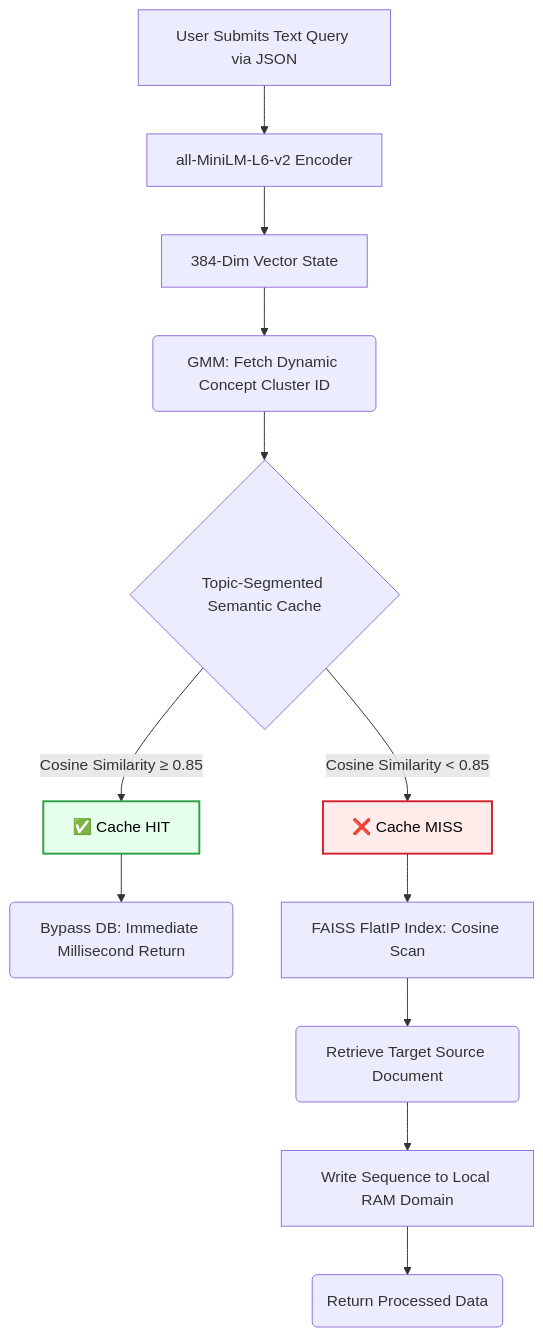
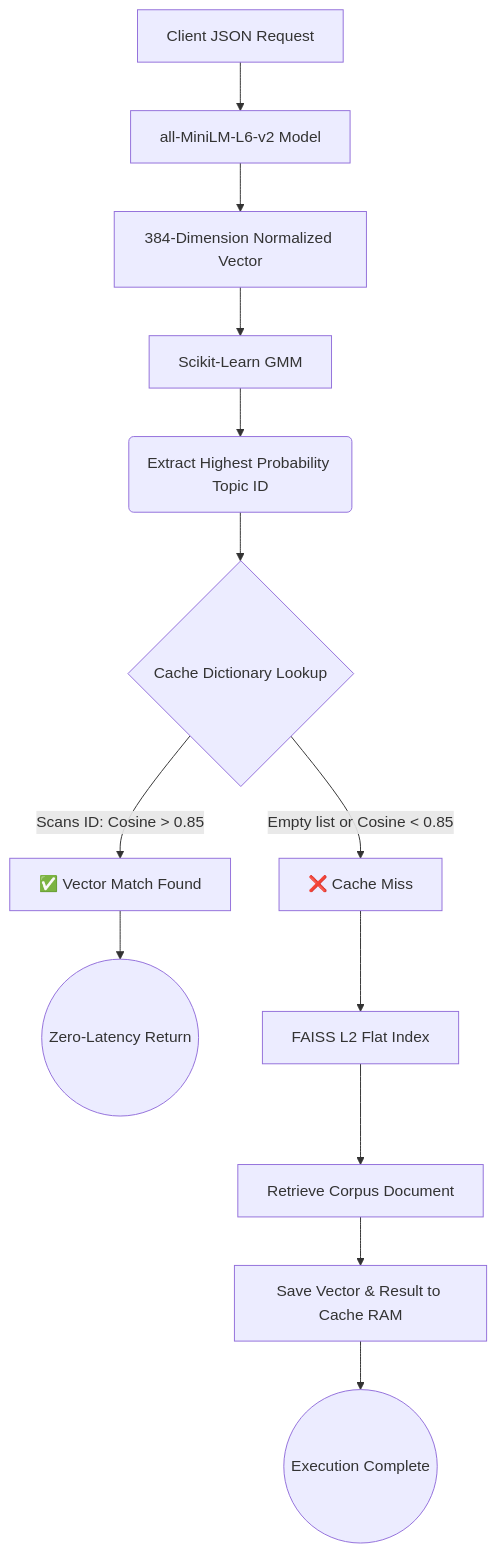
One commit to SaiNihar18/semantic-cache-search changed the diagram in README.md. Above: the diagram before and after it, drawn with Mermaid. The commit also changed other lines of this file, not shown here.

Commit message:
Refactor README completely to mirror professional structural flow while retaining unique engineering tone

````diff
--- a/README.md
+++ b/README.md
@@ -29,26 +41,18 @@
 ```mermaid
 graph TD
-    %% Core Inputs
-    A[User Submits Text Query via JSON] --> B[all-MiniLM-L6-v2 Encoder]
-    B --> C[384-Dim Vector State]
+    A[Client JSON Request] --> B[all-MiniLM-L6-v2 Model]
+    B --> C[384-Dimension Normalized Vector]
     
-    %% Prediction Routing
-    C --> D(GMM: Fetch Dynamic Concept Cluster ID)
-    D --> E{Topic-Segmented Semantic Cache}
+    C --> D[Scikit-Learn GMM]
+    D --> E(Extract Highest Probability Topic ID)
+    E --> F{Cache Dictionary Lookup}
     
-    %% Cache Logic Branches
-    E -- Cosine Similarity ≥ 0.85 --> F[✅ Cache HIT]
-    F --> G(Bypass DB: Immediate Millisecond Return)
+    F -- Scans ID: Cosine > 0.85 --> G[✅ Vector Match Found]
+    G --> H((Zero-Latency Return))
     
-    E -- Cosine Similarity < 0.85 --> H[❌ Cache MISS]
-    H --> I[FAISS FlatIP Index: Cosine Scan]
-    I --> J(Retrieve Target Source Document)
-    J --> K[Write Sequence to Local RAM Domain]
-    K --> L(Return Processed Data)
-
-    %% Styling
-    classDef hit fill:#e6ffed,stroke:#2ea043,stroke-width:2px,color:#000;
-    classDef miss fill:#ffebe9,stroke:#cf222e,stroke-width:2px,color:#000;
-    class F hit;
-    class H miss;
+    F -- Empty list or Cosine < 0.85 --> I[❌ Cache Miss]
+    I --> J[FAISS L2 Flat Index]
+    J --> K[Retrieve Corpus Document]
+    K --> L[Save Vector & Result to Cache RAM]
+    L --> M((Execution Complete))
 ```
````
